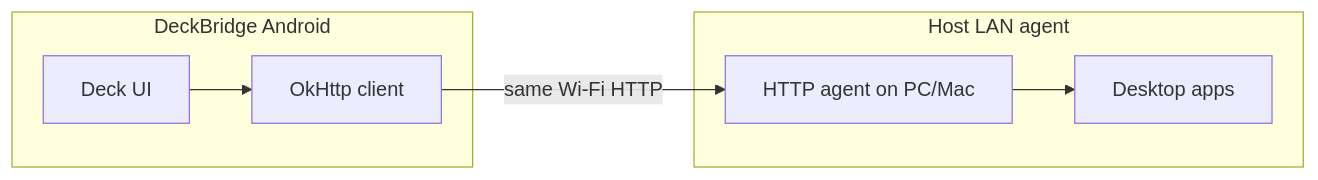
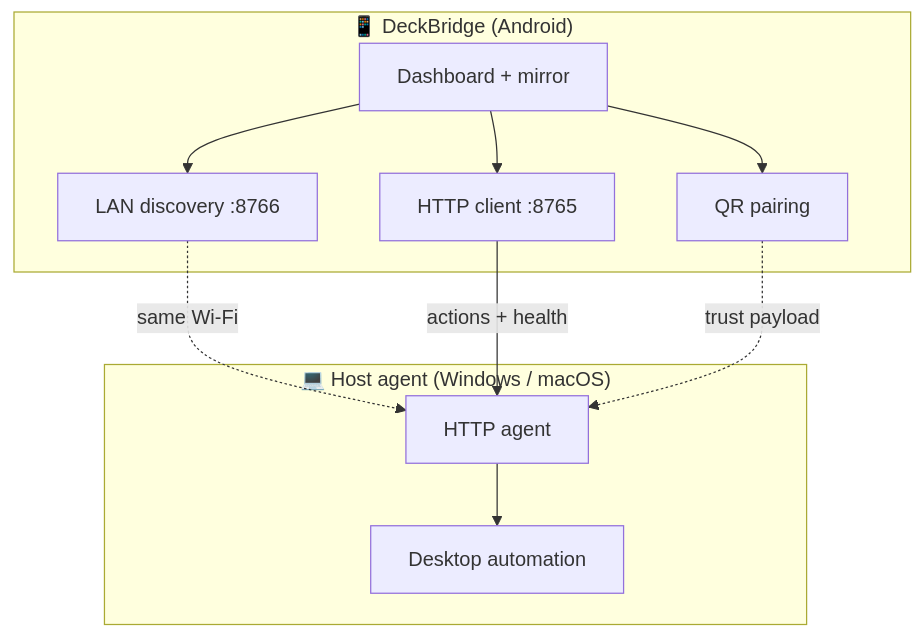
Before and after one commit to JUANES545/DeckBridge: the first of 2 diagrams in README.md, drawn with Mermaid. The commit also changed other lines of this file and 5 other files, not shown here.

First line of the commit message:
docs: README for host agents, download badges, and screenshot flow

````diff
--- a/README.md
+++ b/README.md
@@ -9,14 +34,20 @@
 ```mermaid
-flowchart LR
-  subgraph D [DeckBridge Android]
-    UI[Deck UI]
-    LAN[OkHttp client]
-    UI --> LAN
+flowchart TB
+  subgraph Phone["📱 DeckBridge (Android)"]
+    UI[Dashboard + mirror]
+    DISC[LAN discovery :8766]
+    HTTP[HTTP client :8765]
+    QR[QR pairing]
+    UI --> DISC
+    UI --> HTTP
+    UI --> QR
   end
-  subgraph H [Host LAN agent]
-    AG[HTTP agent on PC/Mac]
-    APPS[Desktop apps]
-    AG --> APPS
+  subgraph Host["💻 Host agent (Windows / macOS)"]
+    AG[HTTP agent]
+    DESK[Desktop automation]
+    AG --> DESK
   end
-  LAN -->|"same Wi-Fi HTTP"| AG
+  DISC -.->|same Wi‑Fi| AG
+  HTTP -->|actions + health| AG
+  QR -.->|trust payload| AG
 ```
````
